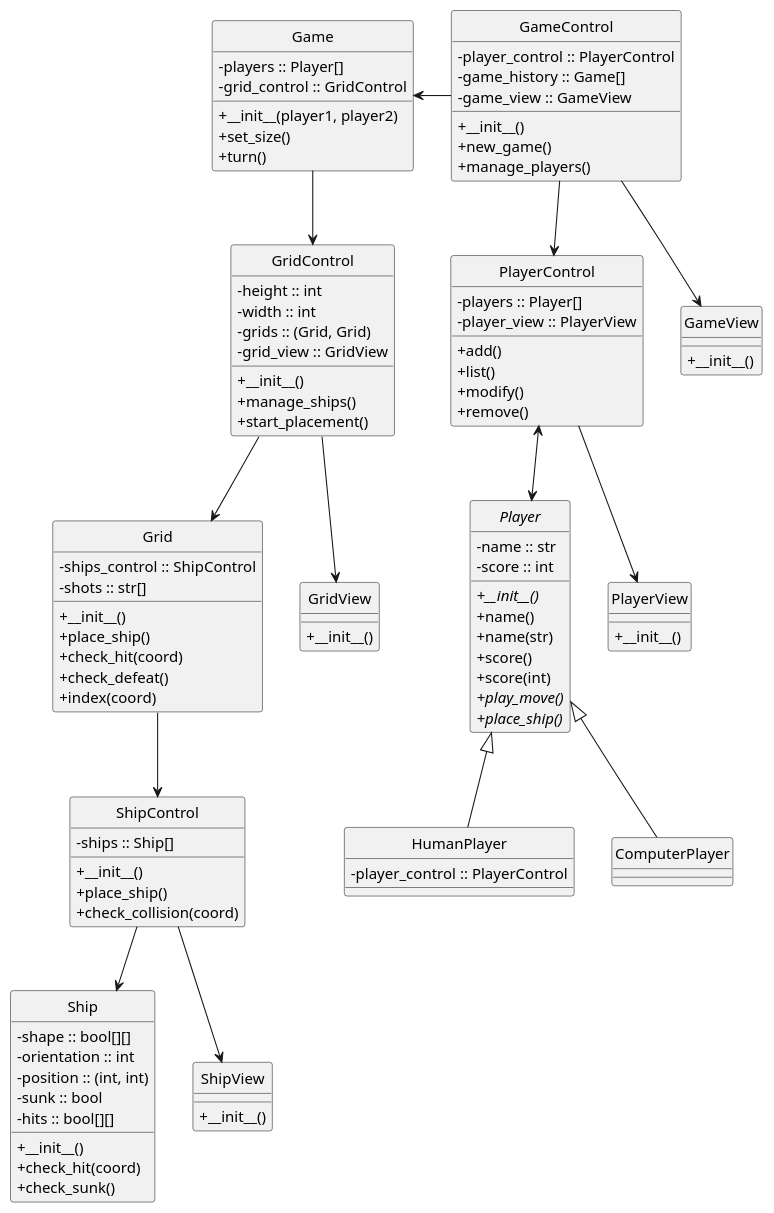
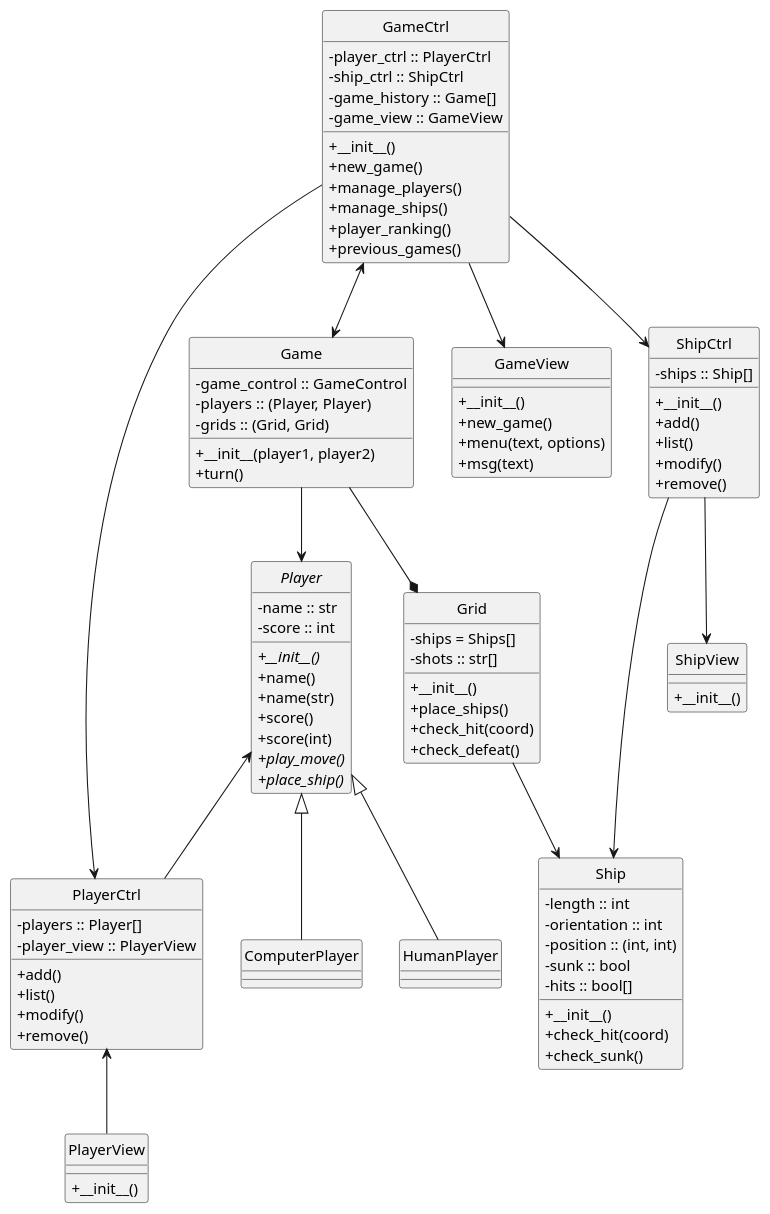
The diagram in uml_diagram.puml (leoniro/battleship), drawn with PlantUML before and after one commit. The commit also changed 9 other files, not shown here.

```diff
--- a/uml_diagram.puml
+++ b/uml_diagram.puml
@@ -1,121 +1,115 @@
 @startuml battleship_class_diagram
 
 skinparam classAttributeIconSize 0
 'left to right direction
 hide circle
 
-class GameControl {
-    - player_control :: PlayerControl
+class Game {
+    - game_control :: GameControl
+    - players :: (Player, Player) {field}
+    - grids :: (Grid, Grid) {field}
+    + __init__(player1, player2)
+    + turn()
+}
+
+class GameCtrl {
+    - player_ctrl :: PlayerCtrl
+    - ship_ctrl :: ShipCtrl
     - game_history :: Game[]
     - game_view :: GameView
     + __init__()
     + new_game()
     + manage_players()
-}
-
-class Game {
-    - players :: Player[] 
-    - grid_control :: GridControl
-    + __init__(player1, player2)
-    + set_size()
-    + turn()
+    + manage_ships()
+    + player_ranking()
+    + previous_games()
 }
 
 class GameView {
     + __init__()
-}
-
-
-class GridControl {
-    - height :: int
-    - width :: int
-    - grids :: (Grid, Grid) {field}
-    - grid_view :: GridView
-    + __init__()
-    + manage_ships()
-    + start_placement()
+    + new_game()
+    + menu(text, options)
+    + msg(text)
 }
 
 class Grid {
-    - ships_control :: ShipControl
+    - ships = Ships[]
     - shots :: str[]
     + __init__()
-    + place_ship()
+    + place_ships()
     + check_hit(coord)
     + check_defeat()
-    + index(coord)
-}
-
-class GridView {
-    + __init__()
-}
-
-class ShipControl{
-    - ships :: Ship[]
-    + __init__()
-    + place_ship()
-    + check_collision(coord)
 }
 
 class Ship {
-    - shape :: bool[][]
+    - length :: int
     - orientation :: int
     - position :: (int, int) {field}
     - sunk :: bool
-    - hits :: bool[][]
+    - hits :: bool[]
     + __init__()
     + check_hit(coord)
     + check_sunk()
+}
+
+class ShipCtrl{
+    - ships :: Ship[]
+    + __init__()
+    + add()
+    + list()
+    + modify()
+    + remove()
 }
 
 class ShipView {
     + __init__()
 }
 
-class PlayerControl {
+class PlayerCtrl {
     - players :: Player[]
     - player_view :: PlayerView
     + add()
     + list()
     + modify()
     + remove()
 }
 
 abstract class Player {
     - name :: str
     - score :: int
     + __init__() {abstract}
     + name()
     + name(str)
     + score()
     + score(int)
     + play_move() {abstract}
     + place_ship() {abstract}
 }
 
 class PlayerView {
     + __init__()
 }
 
-class HumanPlayer {
-    - player_control :: PlayerControl
-}
+class HumanPlayer {}
 class ComputerPlayer {}
 
-PlayerControl <-u- GameControl
-Player <-u-> PlayerControl
-PlayerView <-u- PlayerControl
+GameCtrl --> PlayerCtrl
+Player <-- PlayerCtrl
+PlayerCtrl <-- PlayerView
 
-HumanPlayer -u-|> Player
-ComputerPlayer -u-|> Player
+GameCtrl  --> ShipCtrl
 
-GameControl -l-> Game
-GameControl --> GameView
-Game --> GridControl
-GridControl --> Grid
-GridControl --> GridView
-Grid --> ShipControl
-ShipControl --> Ship
-ShipControl --> ShipView
+Game --> Player
+
+Player <|-- HumanPlayer
+Player <|-- ComputerPlayer
+
+GameCtrl <--> Game
+GameCtrl --> GameView
+Game --* Grid
+
+ShipCtrl --> Ship
+ShipCtrl --> ShipView
+Grid --> Ship
 
 @enduml
```
